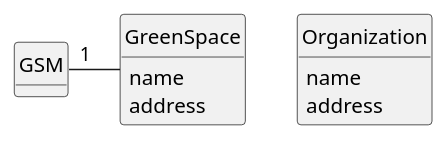
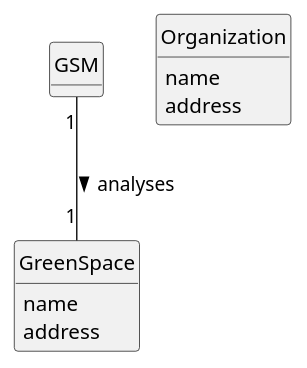
The diagram in docs/sprintB/us009/02.analysis/puml/us009-domain-model.puml (diogoveirospro/lei-24-s2-1dg-g072), drawn with PlantUML before and after one commit. The commit also changed 3 other files, not shown here.

```diff
--- a/docs/sprintB/us009/02.analysis/puml/us009-domain-model.puml
+++ b/docs/sprintB/us009/02.analysis/puml/us009-domain-model.puml
@@ -1,32 +1,32 @@
 @startuml
 skinparam monochrome true
 skinparam packageStyle rectangle
 skinparam shadowing false
 
 'left to right direction
 
 skinparam classAttributeIconSize 0
 
 hide circle
 hide methods
 
 
 class GSM {
 
 }
 
 class GreenSpace {
     name
     address
 
 }
 
 class Organization {
     name
     address
 }
 
-GSM "1" - GreenSpace
+GSM "1" -- "1"GreenSpace: analyses >
 
 
 @enduml
```
